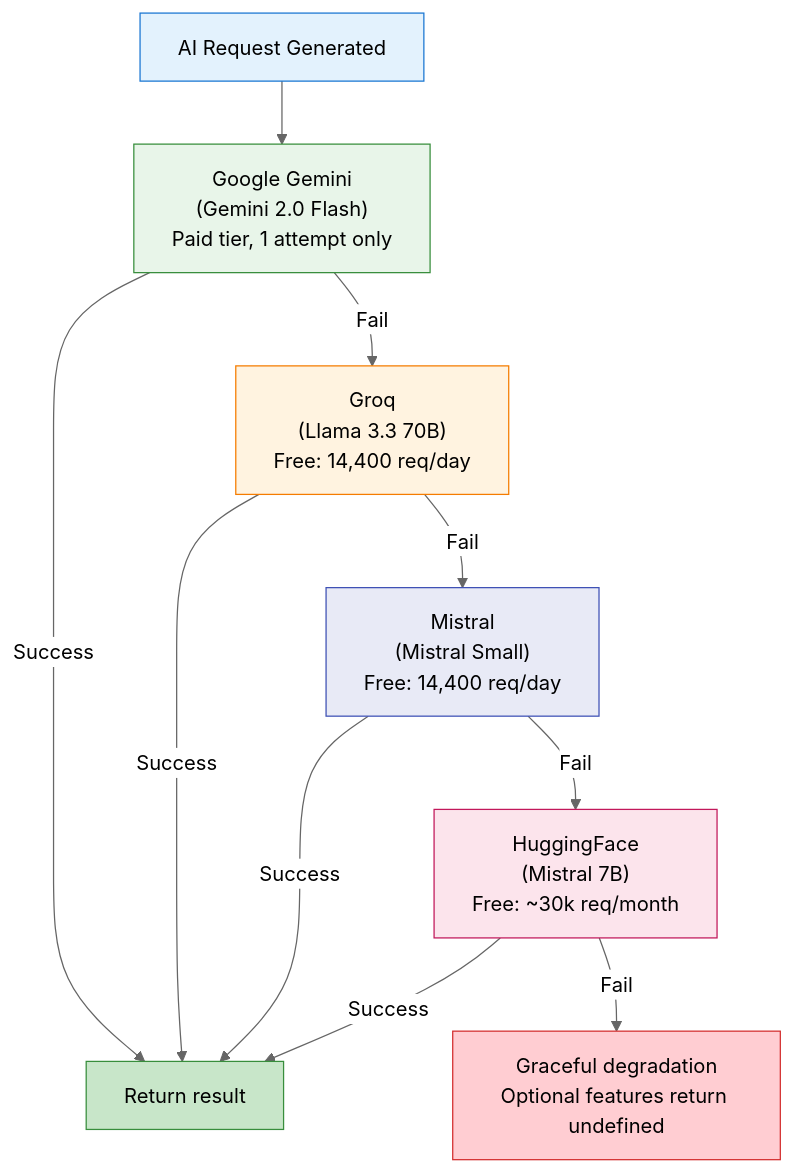
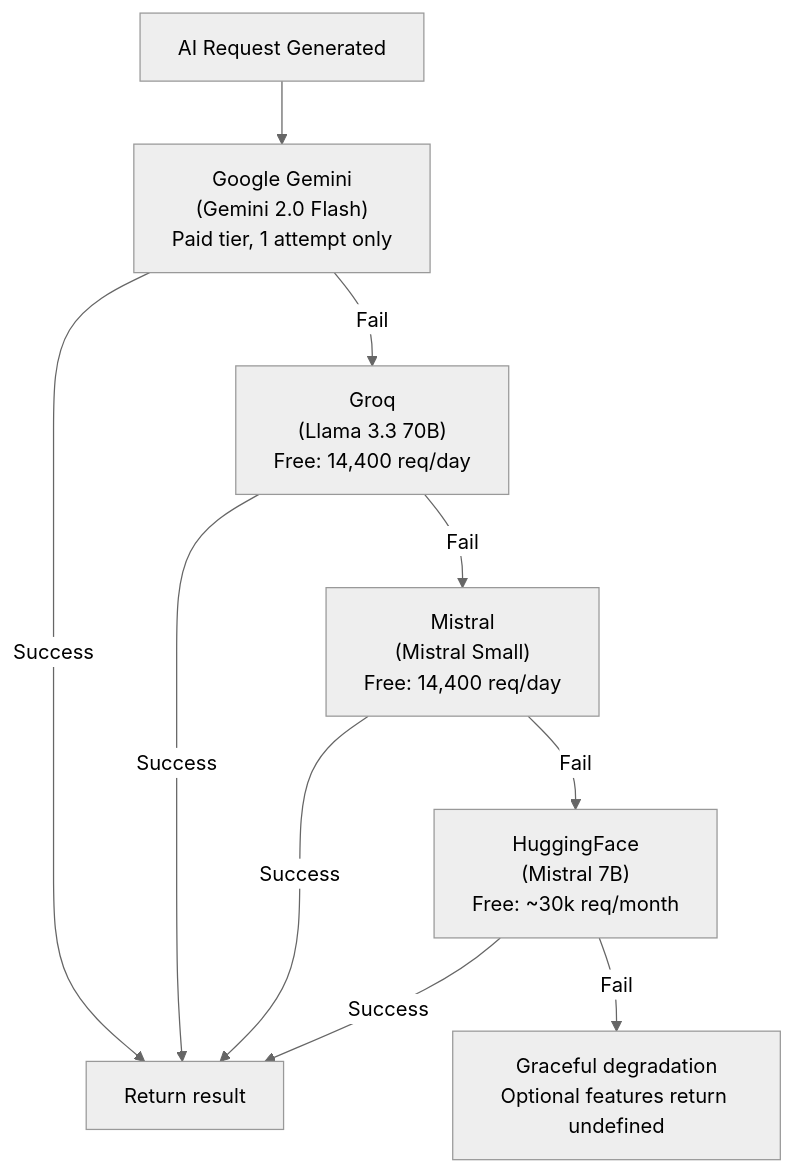
Before and after one commit to ArrinPaul/Kisan-Portal: the tenth of 13 diagrams in README.md, drawn with Mermaid (neutral theme). The commit also changed other lines of this file and 3 other files, not shown here.

````diff
--- a/README.md
+++ b/README.md
@@ -514,20 +465,12 @@
 ```mermaid
 flowchart TB
     A["AI Request Generated"] --> B["Google Gemini<br/>(Gemini 2.0 Flash)<br/>Paid tier, 1 attempt only"]
     B --> |Success| R["Return result"]
     B --> |Fail| C["Groq<br/>(Llama 3.3 70B)<br/>Free: 14,400 req/day"]
     C --> |Success| R
     C --> |Fail| D["Mistral<br/>(Mistral Small)<br/>Free: 14,400 req/day"]
     D --> |Success| R
     D --> |Fail| E["HuggingFace<br/>(Mistral 7B)<br/>Free: ~30k req/month"]
     E --> |Success| R
     E --> |Fail| F["Graceful degradation<br/>Optional features return undefined"]
-
-    style A fill:#e3f2fd,stroke:#1976d2
-    style B fill:#e8f5e9,stroke:#388e3c
-    style C fill:#fff3e0,stroke:#f57c00
-    style D fill:#e8eaf6,stroke:#3f51b5
-    style E fill:#fce4ec,stroke:#c2185b
-    style R fill:#c8e6c9,stroke:#388e3c
-    style F fill:#ffcdd2,stroke:#d32f2f
 ```
````
